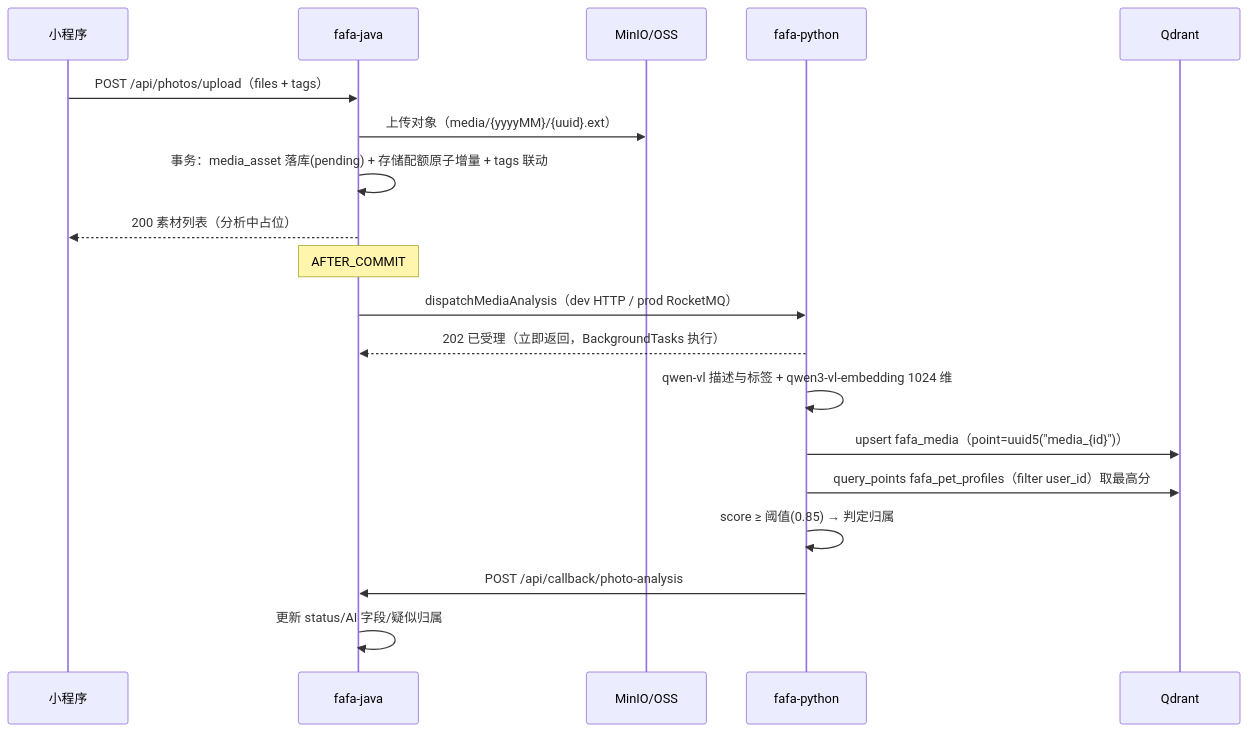
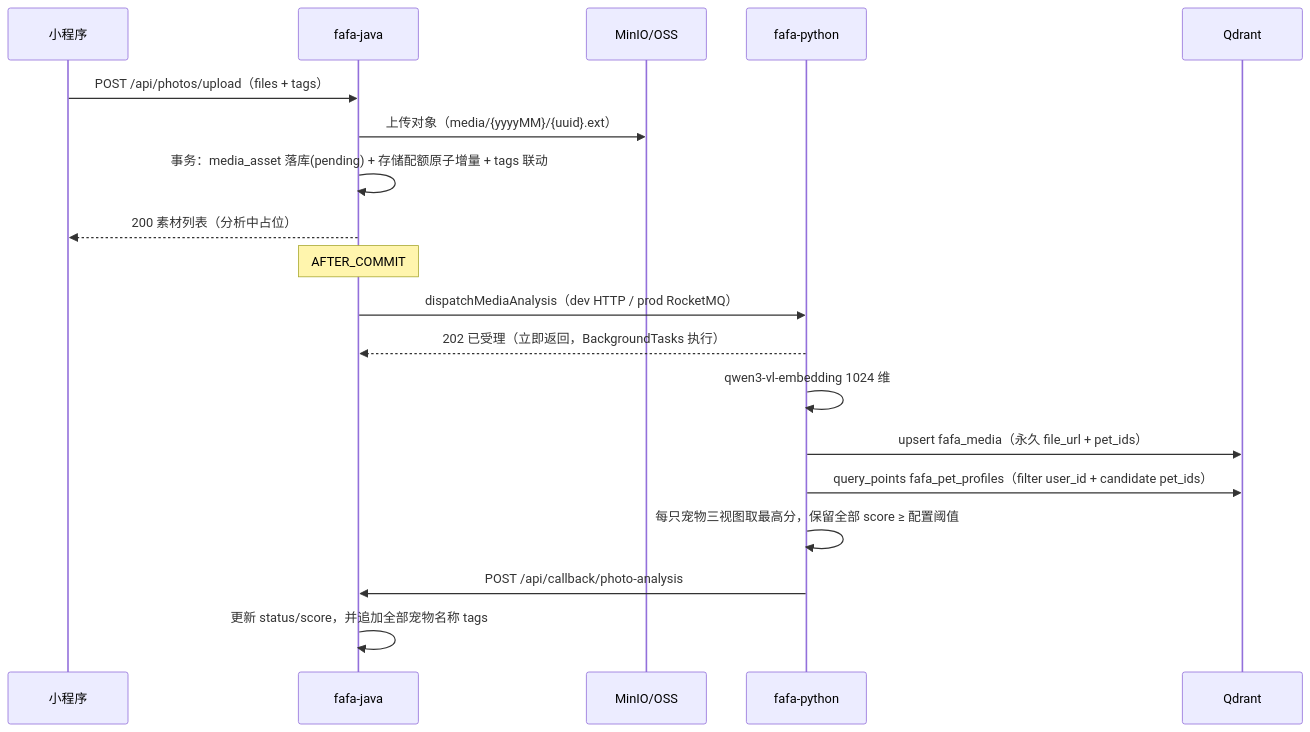
One commit to busizeshi/FaFa changed the diagram in docs/dev/phase4-implementation-plan.md. Above: the diagram before and after it, drawn with Mermaid. The commit also changed other lines of this file and 133 other files, not shown here.

````diff
--- a/docs/dev/phase4-implementation-plan.md
+++ b/docs/dev/phase4-implementation-plan.md
@@ -423,22 +422,22 @@
 ```mermaid
 sequenceDiagram
     participant MP as 小程序
     participant J as fafa-java
     participant O as MinIO/OSS
     participant P as fafa-python
     participant Q as Qdrant
 
     MP->>J: POST /api/photos/upload（files + tags）
     J->>O: 上传对象（media/{yyyyMM}/{uuid}.ext）
     J->>J: 事务：media_asset 落库(pending) + 存储配额原子增量 + tags 联动
     J-->>MP: 200 素材列表（分析中占位）
     Note over J: AFTER_COMMIT
     J->>P: dispatchMediaAnalysis（dev HTTP / prod RocketMQ）
     P-->>J: 202 已受理（立即返回，BackgroundTasks 执行）
-    P->>P: qwen-vl 描述与标签 + qwen3-vl-embedding 1024 维
-    P->>Q: upsert fafa_media（point=uuid5("media_{id}")）
-    P->>Q: query_points fafa_pet_profiles（filter user_id）取最高分
-    P->>P: score ≥ 阈值(0.85) → 判定归属
+    P->>P: qwen3-vl-embedding 1024 维
+    P->>Q: upsert fafa_media（永久 file_url + pet_ids）
+    P->>Q: query_points fafa_pet_profiles（filter user_id + candidate pet_ids）
+    P->>P: 每只宠物三视图取最高分，保留全部 score ≥ 配置阈值
     P->>J: POST /api/callback/photo-analysis
-    J->>J: 更新 status/AI 字段/疑似归属
+    J->>J: 更新 status/score，并追加全部宠物名称 tags
 ```
````
